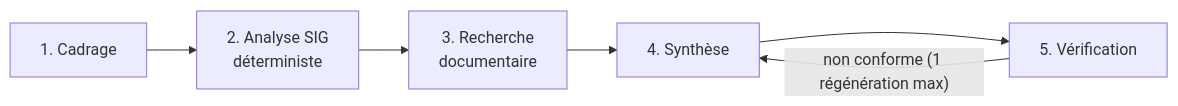
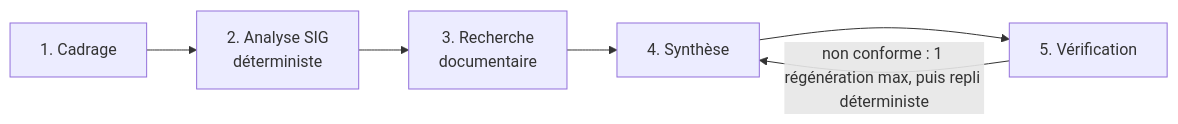
Before and after one commit to tagne200/territory-multi-agent: the diagram in README.md, drawn with Mermaid. The commit also changed other lines of this file and 14 other files, not shown here.

````diff
--- a/README.md
+++ b/README.md
@@ -32,5 +97,5 @@
 ```mermaid
 flowchart LR
     A1[1. Cadrage] --> A2[2. Analyse SIG<br/>déterministe] --> A3[3. Recherche<br/>documentaire] --> A4[4. Synthèse] --> A5[5. Vérification]
-    A5 -- "non conforme (1 régénération max)" --> A4
+    A5 -- "non conforme : 1 régénération max, puis repli déterministe" --> A4
 ```
````
